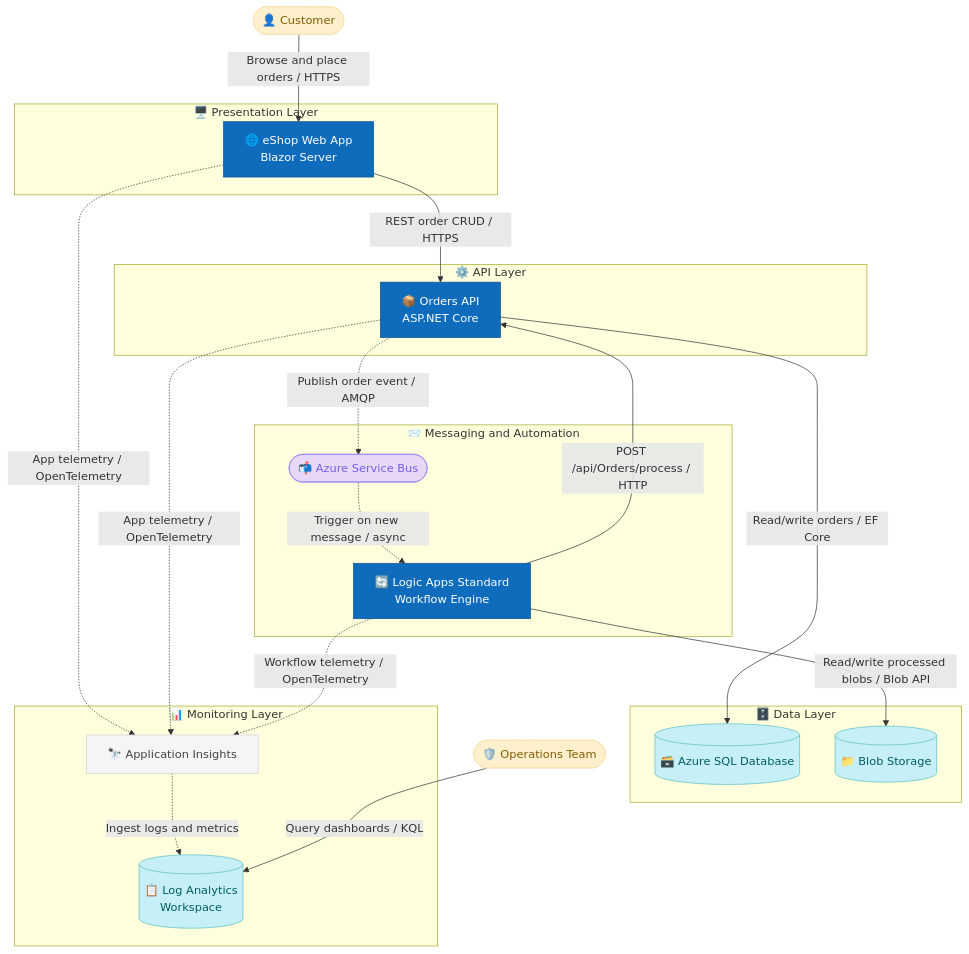
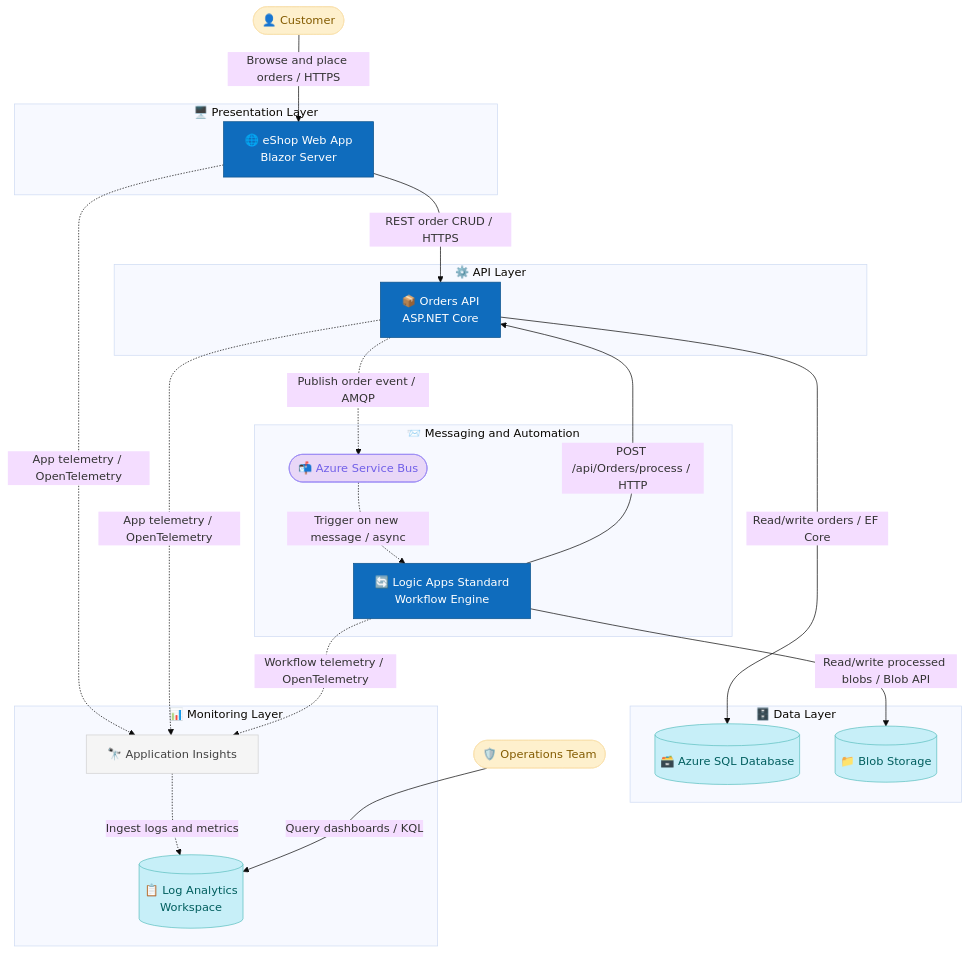
The diagram in README.md (Evilazaro/Azure-LogicApps-Monitoring), drawn with Mermaid before and after one commit.

Commit message:
Add theme configuration to README.md for enhanced styling options

```diff
--- a/README.md
+++ b/README.md
@@ -64,6 +64,7 @@
   errorTextColor: "#b10e1c"
   fontFamily: "Segoe UI, Verdana, sans-serif"
   fontSize: 16
+  theme: base
   align: center
   description: "High-level architecture diagram showing actors, primary flows, and major components."
 ---
```
